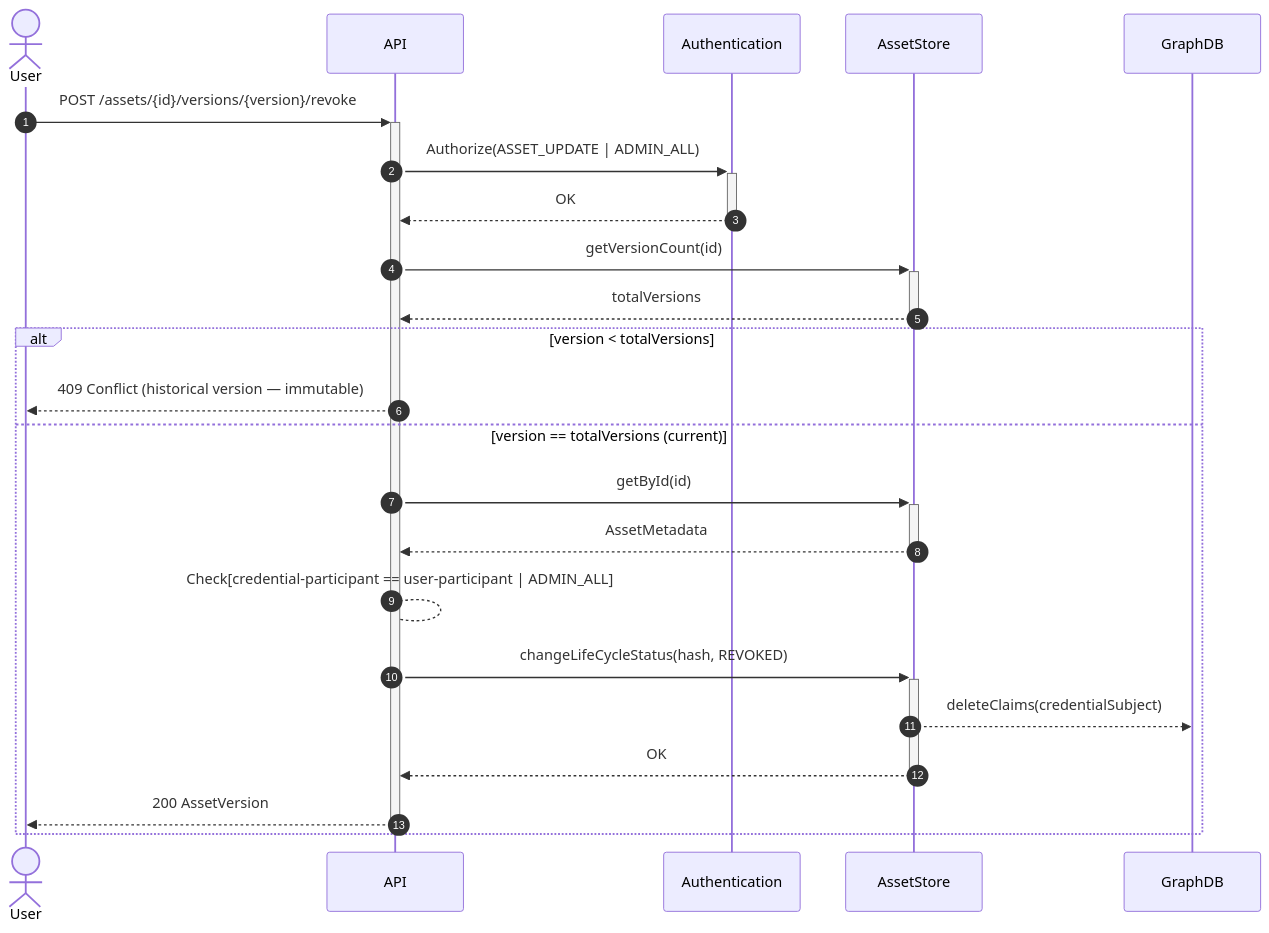
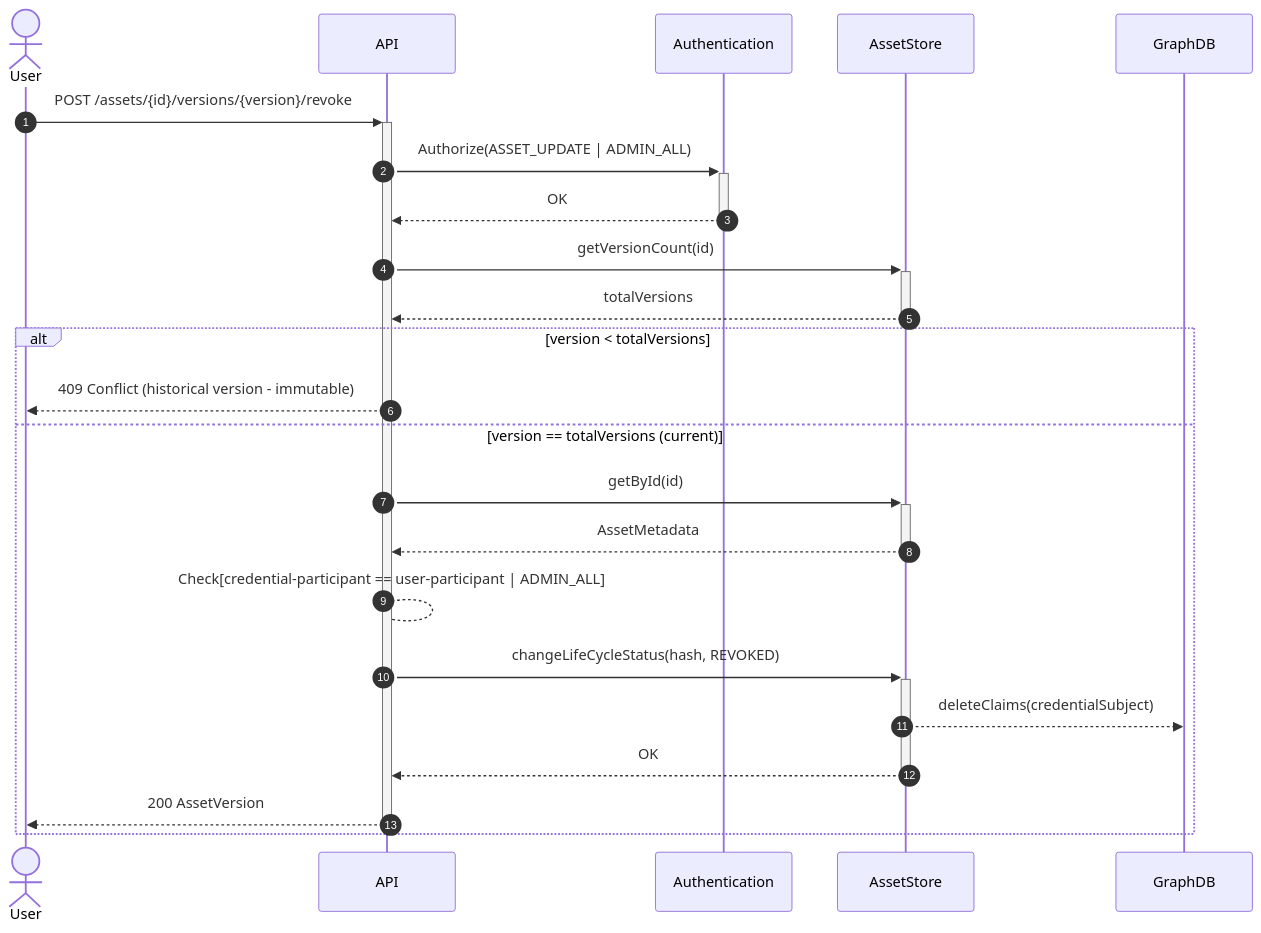
Before and after one commit to stevenschwenke/federated-catalogue-docs: diagram 22 of 44 in federated-catalogue/src/docs/architecture/chapters/06_runtime_view.adoc, drawn with Mermaid. The commit also changed other lines of this file and 1 other file, not shown here.

Commit message:
Fix Mermaid CLI setup

```diff
--- a/federated-catalogue/src/docs/architecture/chapters/06_runtime_view.adoc
+++ b/federated-catalogue/src/docs/architecture/chapters/06_runtime_view.adoc
@@ -752,25 +752,25 @@
 [mermaid, width=2000]
 ....
 sequenceDiagram
     autonumber
     actor User
     participant API
     participant Auth as Authentication
     participant AssetStore as AssetStore
     User ->> + API:POST /assets/{id}/versions/{version}/revoke
     API ->> + Auth:Authorize(ASSET_UPDATE | ADMIN_ALL)
     Auth -->> - API:OK
     API ->> + AssetStore: getVersionCount(id)
     AssetStore -->> - API: totalVersions
     alt version < totalVersions
-        API -->> User: 409 Conflict (historical version — immutable)
+        API -->> User: 409 Conflict (historical version - immutable)
     else version == totalVersions (current)
         API ->> + AssetStore: getById(id)
         AssetStore -->> - API: AssetMetadata
         API --> API:Check[credential-participant == user-participant | ADMIN_ALL]
         API ->> + AssetStore: changeLifeCycleStatus(hash, REVOKED)
         AssetStore -->> GraphDB: deleteClaims(credentialSubject)
         AssetStore -->> - API: OK
         API -->> - User: 200 AssetVersion
     end
 ....
```
